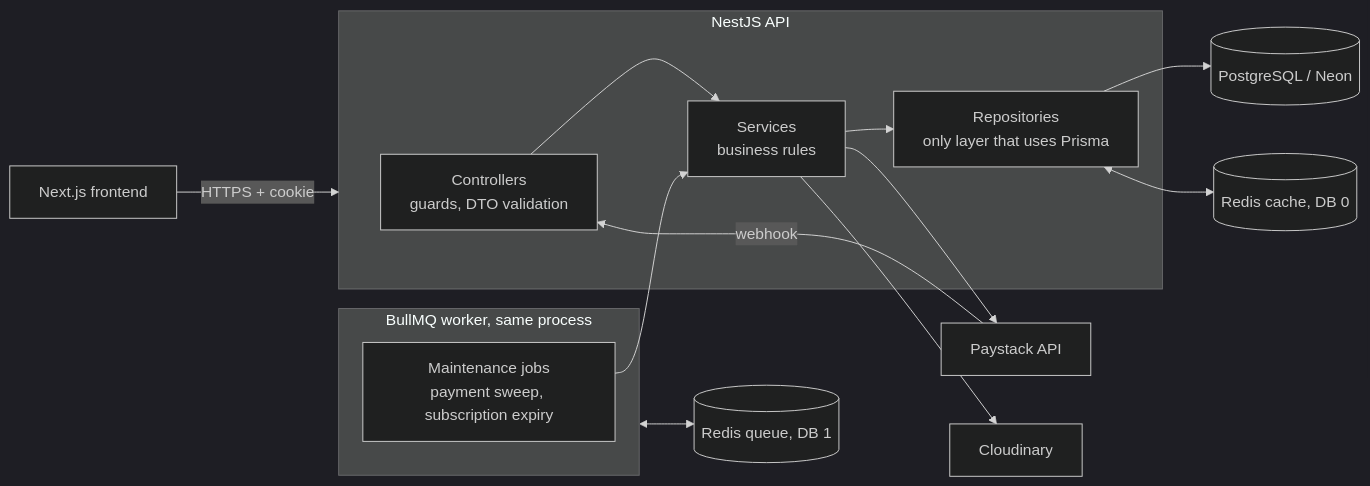
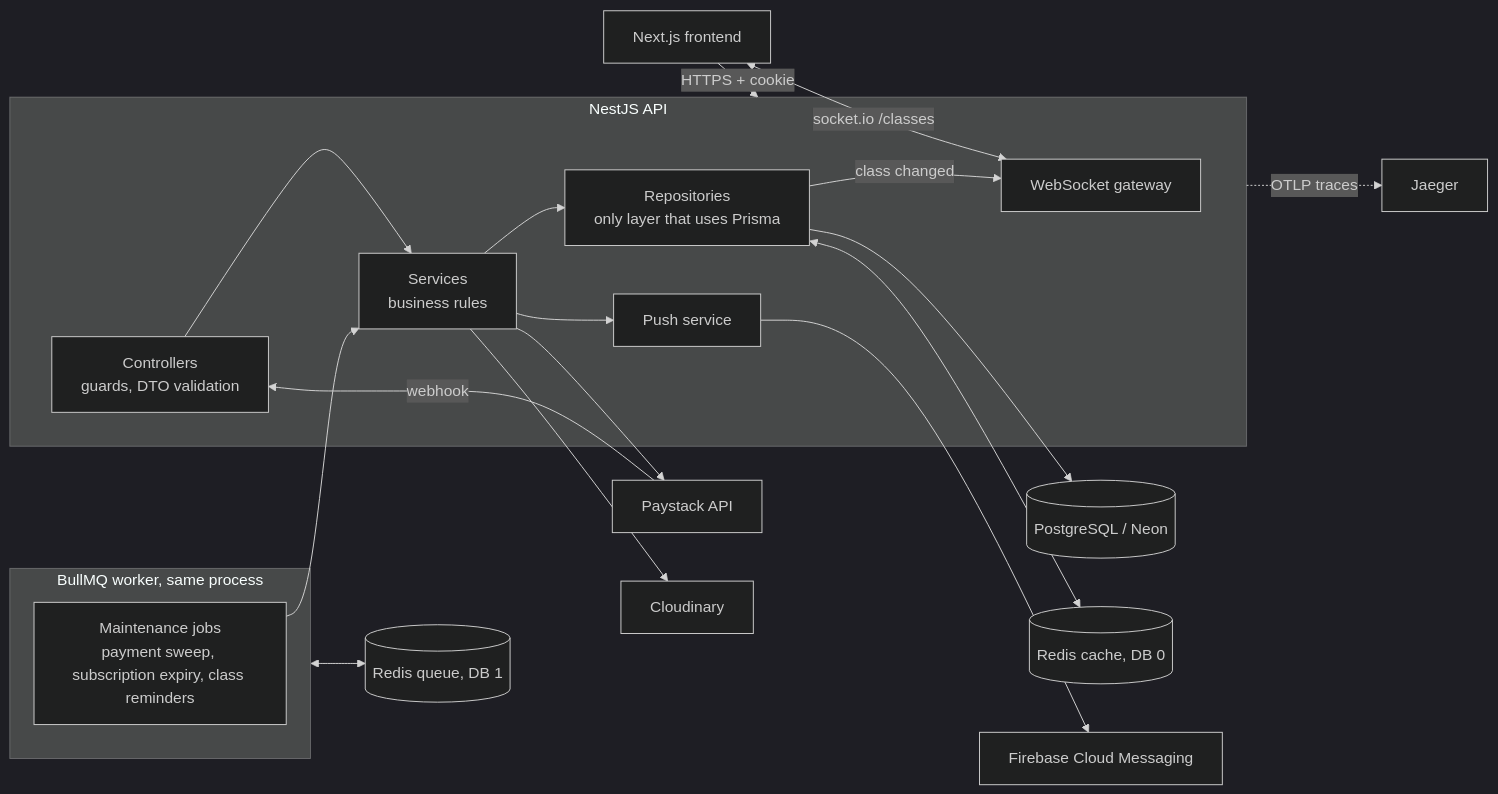
The first of 3 diagrams in README.md (Dev-Jabbar/gym_ontime_nestjs_backend), drawn with Mermaid (dark theme) before and after one commit. The commit also changed other lines of this file, not shown here.

````diff
--- a/README.md
+++ b/README.md
@@ -48,20 +56,26 @@
 ```mermaid
 flowchart LR
   FE[Next.js frontend] -->|HTTPS + cookie| API
+  FE <-->|socket.io /classes| GW
 
   subgraph API[NestJS API]
     C[Controllers<br/>guards, DTO validation] --> S[Services<br/>business rules]
     S --> R[Repositories<br/>only layer that uses Prisma]
+    R -->|class changed| GW[WebSocket gateway]
+    S --> PU[Push service]
   end
 
   R --> PG[(PostgreSQL / Neon)]
   R <--> RC[(Redis cache, DB 0)]
   S --> PS[Paystack API]
   S --> CL[Cloudinary]
+  PU --> FCM[Firebase Cloud Messaging]
   PS -->|webhook| C
 
   subgraph Q[BullMQ worker, same process]
-    J[Maintenance jobs<br/>payment sweep, subscription expiry] --> S
+    J[Maintenance jobs<br/>payment sweep, subscription expiry, class reminders] --> S
   end
   Q <--> RQ[(Redis queue, DB 1)]
+
+  API -. OTLP traces .-> JG[Jaeger]
 ```
````
